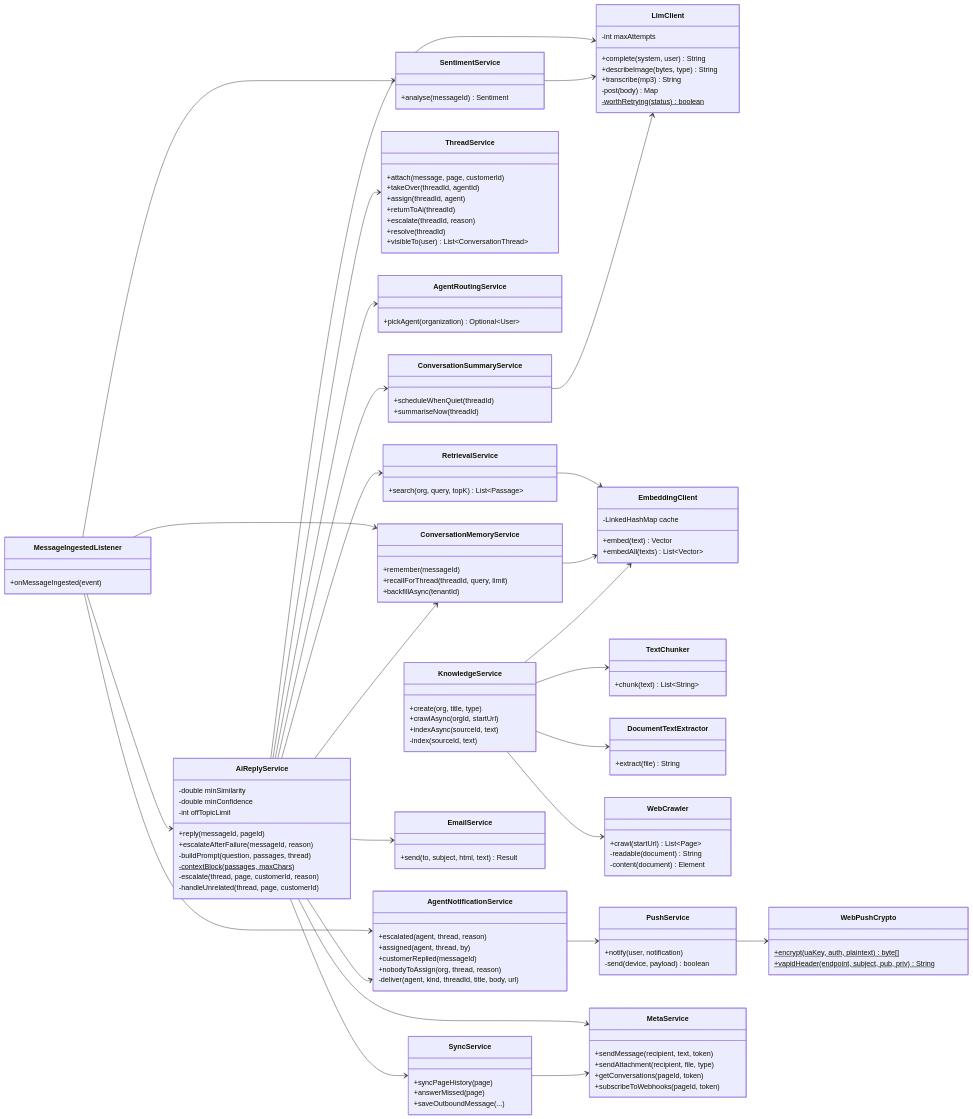
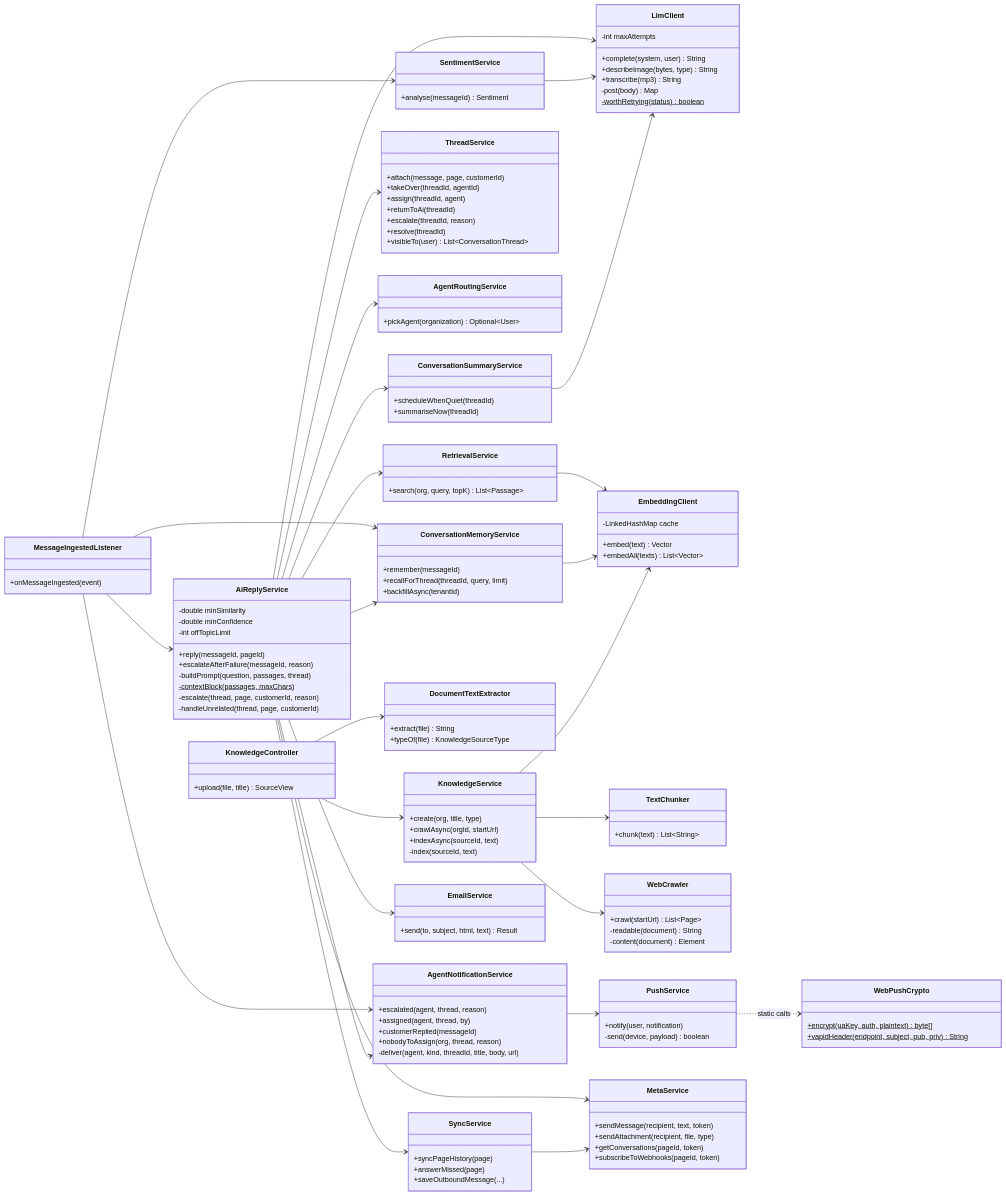
The second of 2 diagrams in docs/system-design/new-system-design/class-diagram/README.md (SayubShakya/eksamadhan-ai), drawn with Mermaid before and after one commit. The commit also changed other lines of this file and 65 other files, not shown here.

Commit message:
updated draw.io diagram

````diff
--- a/docs/system-design/new-system-design/class-diagram/README.md
+++ b/docs/system-design/new-system-design/class-diagram/README.md
@@ -314,8 +314,13 @@
         +chunk(text) List~String~
     }
 
+    class KnowledgeController {
+        +upload(file, title) SourceView
+    }
+
     class DocumentTextExtractor {
         +extract(file) String
+        +typeOf(file) KnowledgeSourceType
     }
 
     class WebCrawler {
@@ -387,9 +392,10 @@
     KnowledgeService --> TextChunker
     KnowledgeService --> EmbeddingClient
     KnowledgeService --> WebCrawler
-    KnowledgeService --> DocumentTextExtractor
+    KnowledgeController --> DocumentTextExtractor
+    KnowledgeController --> KnowledgeService
 
     AgentNotificationService --> PushService
-    PushService --> WebPushCrypto
+    PushService ..> WebPushCrypto : static calls
     SyncService --> MetaService
 ```
````
